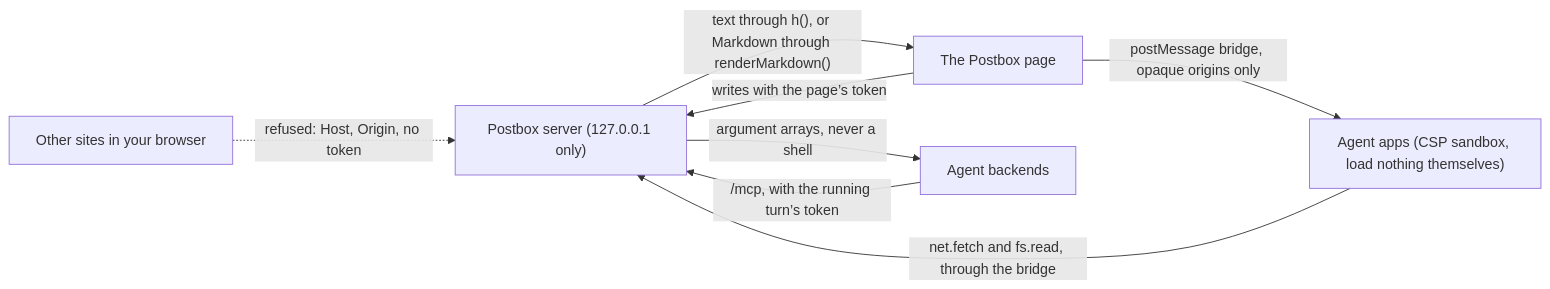
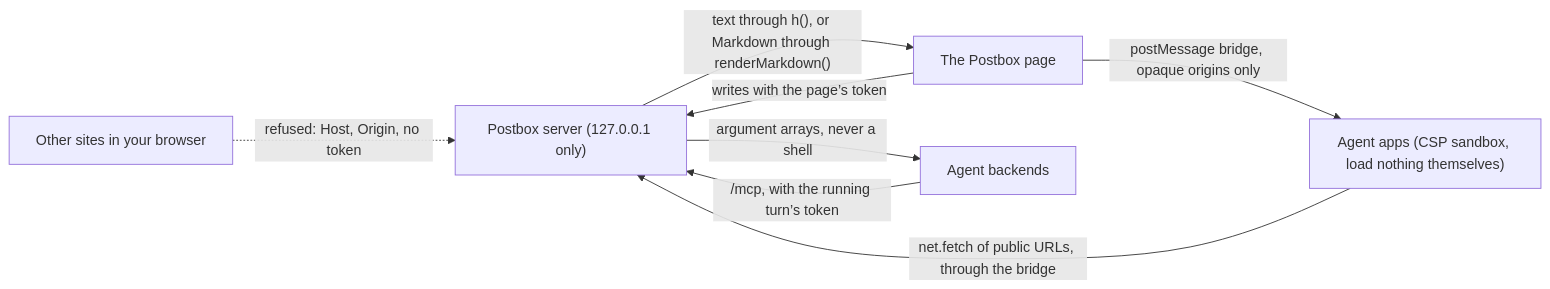
Before and after one commit to HJeon139/postbox: the diagram in SECURITY.md, drawn with Mermaid. The commit also changed other lines of this file and 9 other files, not shown here.

````diff
--- a/SECURITY.md
+++ b/SECURITY.md
@@ -22,10 +22,10 @@
 ```mermaid
 flowchart LR
   web["Other sites in your browser"] -. "refused: Host, Origin, no token" .-> server
   page["The Postbox page"] -- "writes with the page’s token" --> server["Postbox server (127.0.0.1 only)"]
   server -- "argument arrays, never a shell" --> agents["Agent backends"]
   agents -- "/mcp, with the running turn’s token" --> server
   server -- "text through h(), or Markdown through renderMarkdown()" --> page
   page -- "postMessage bridge, opaque origins only" --> apps["Agent apps (CSP sandbox, load nothing themselves)"]
-  apps -- "net.fetch and fs.read, through the bridge" --> server
+  apps -- "net.fetch of public URLs, through the bridge" --> server
 ```
````
